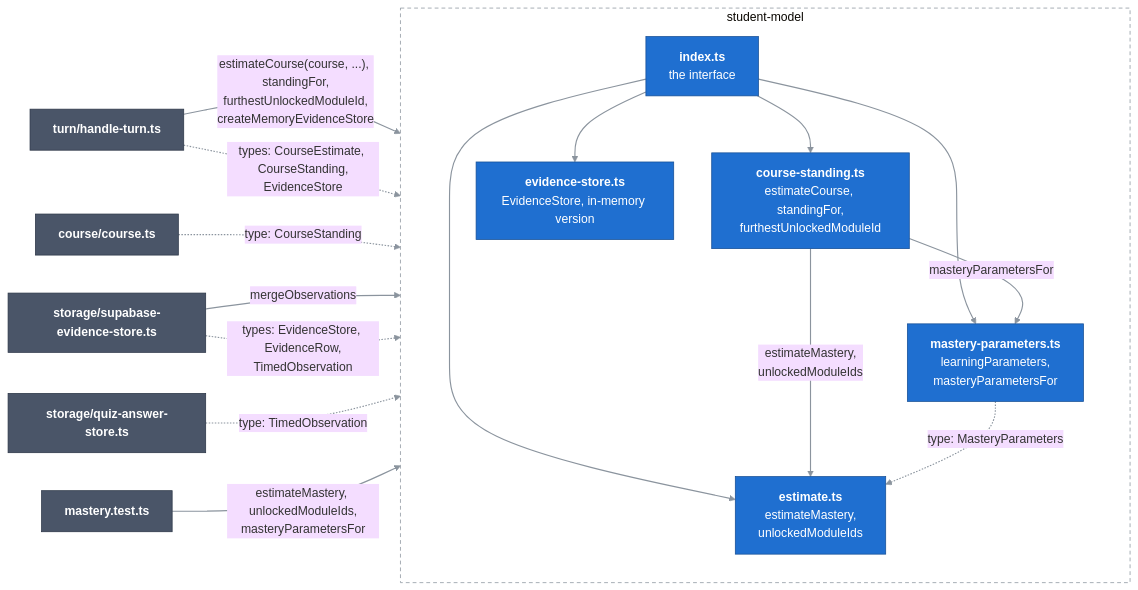
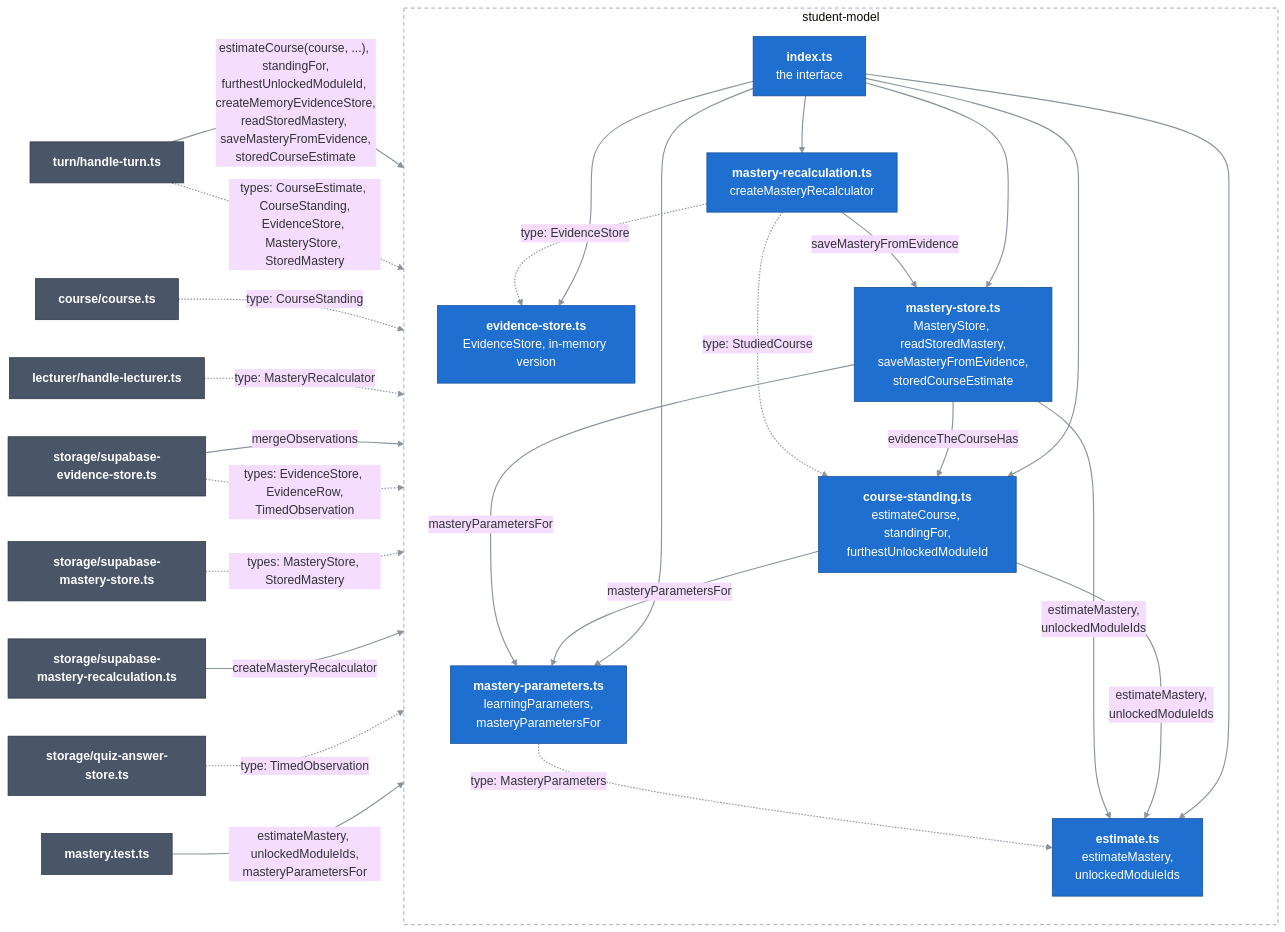
Before and after one commit to Bill2926/COS40005_HN9_Verifiable_Co-Learner_Agent: the diagram in docs/c4/03-components/server/05-student-model.md, drawn with Mermaid (base theme). The commit also changed other lines of this file and 23 other files, not shown here.

First line of the commit message:
Store mastery and recompute it on evidence, publish and threshold change (#203)

````diff
--- a/docs/c4/03-components/server/05-student-model.md
+++ b/docs/c4/03-components/server/05-student-model.md
@@ -12,38 +14,54 @@
 ```mermaid
 flowchart LR
   classDef comp fill:#1f6fd0,stroke:#164f96,color:#ffffff
   classDef near fill:#4a5568,stroke:#2d3748,color:#ffffff
   linkStyle default stroke:#8b949e,stroke-width:1.5px
 
   turn["<b>turn/handle-turn.ts</b>"]:::near
   course["<b>course/course.ts</b>"]:::near
+  lecturer["<b>lecturer/handle-lecturer.ts</b>"]:::near
   supaStore["<b>storage/supabase-evidence-store.ts</b>"]:::near
+  supaMastery["<b>storage/supabase-mastery-store.ts</b>"]:::near
+  supaRecalc["<b>storage/supabase-mastery-recalculation.ts</b>"]:::near
   quizStore["<b>storage/quiz-answer-store.ts</b>"]:::near
   tests["<b>mastery.test.ts</b>"]:::near
 
   subgraph sm["student-model"]
     direction TB
     index["<b>index.ts</b><br/>the interface"]:::comp
     standing["<b>course-standing.ts</b><br/>estimateCourse, standingFor,<br/>furthestUnlockedModuleId"]:::comp
     estimate["<b>estimate.ts</b><br/>estimateMastery,<br/>unlockedModuleIds"]:::comp
     params["<b>mastery-parameters.ts</b><br/>learningParameters,<br/>masteryParametersFor"]:::comp
     ledger["<b>evidence-store.ts</b><br/>EvidenceStore, in-memory version"]:::comp
+    stored["<b>mastery-store.ts</b><br/>MasteryStore, readStoredMastery,<br/>saveMasteryFromEvidence,<br/>storedCourseEstimate"]:::comp
+    recalc["<b>mastery-recalculation.ts</b><br/>createMasteryRecalculator"]:::comp
   end
 
-  turn -->|"estimateCourse(course, ...), standingFor,<br/>furthestUnlockedModuleId,<br/>createMemoryEvidenceStore"| index
-  turn -.->|"types: CourseEstimate, CourseStanding,<br/>EvidenceStore"| index
+  turn -->|"estimateCourse(course, ...), standingFor,<br/>furthestUnlockedModuleId, createMemoryEvidenceStore,<br/>readStoredMastery, saveMasteryFromEvidence,<br/>storedCourseEstimate"| index
+  turn -.->|"types: CourseEstimate, CourseStanding,<br/>EvidenceStore, MasteryStore, StoredMastery"| index
   course -.->|"type: CourseStanding"| index
+  lecturer -.->|"type: MasteryRecalculator"| index
   supaStore -->|"mergeObservations"| index
   supaStore -.->|"types: EvidenceStore, EvidenceRow,<br/>TimedObservation"| index
+  supaMastery -.->|"types: MasteryStore, StoredMastery"| index
+  supaRecalc -->|"createMasteryRecalculator"| index
   quizStore -.->|"type: TimedObservation"| index
   tests -->|"estimateMastery, unlockedModuleIds,<br/>masteryParametersFor"| index
   index --> standing
   index --> estimate
   index --> params
   index --> ledger
+  index --> stored
+  index --> recalc
   standing -->|"estimateMastery,<br/>unlockedModuleIds"| estimate
   standing -->|"masteryParametersFor"| params
+  stored -->|"evidenceTheCourseHas"| standing
+  stored -->|"estimateMastery,<br/>unlockedModuleIds"| estimate
+  stored -->|"masteryParametersFor"| params
+  recalc -->|"saveMasteryFromEvidence"| stored
+  recalc -.->|"type: EvidenceStore"| ledger
+  recalc -.->|"type: StudiedCourse"| standing
   params -.->|"type: MasteryParameters"| estimate
 
   style sm fill:none,stroke:#8b949e,stroke-dasharray:5 4
 ```
````
